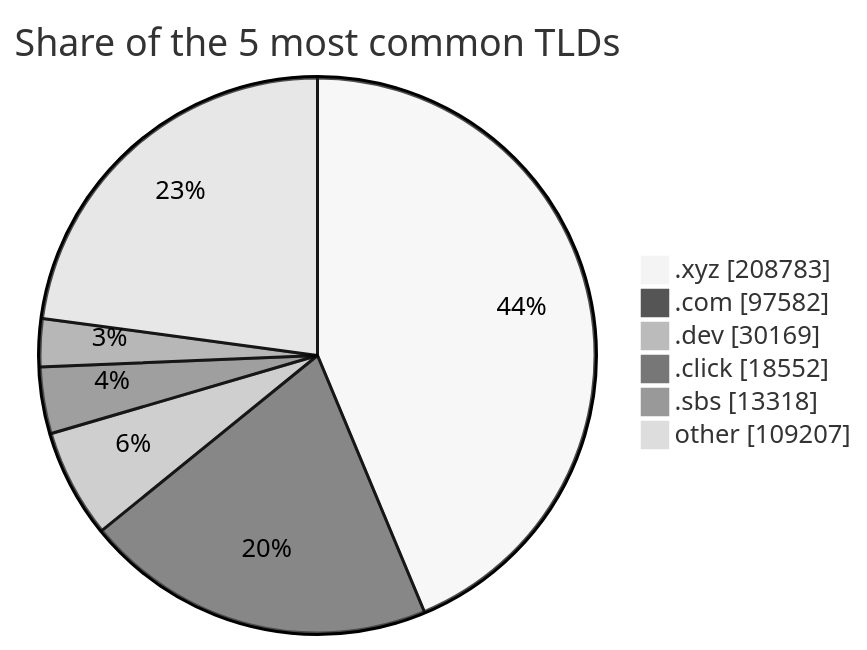
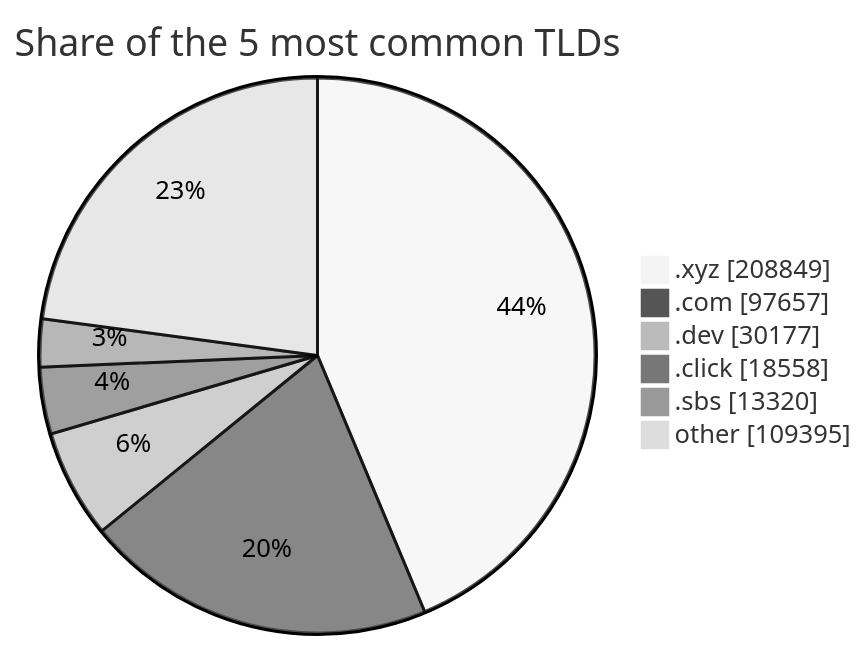
The third of 3 diagrams in README.md (DNSBunker/CTI), drawn with Mermaid (neutral theme) before and after one commit. The commit also changed other lines of this file and 3 other files, not shown here.

````diff
--- a/README.md
+++ b/README.md
@@ -81,9 +81,9 @@
 ```mermaid
 pie showData title Share of the 5 most common TLDs
-    ".xyz" : 208783
-    ".com" : 97582
-    ".dev" : 30169
-    ".click" : 18552
-    ".sbs" : 13318
-    "other" : 109207
+    ".xyz" : 208849
+    ".com" : 97657
+    ".dev" : 30177
+    ".click" : 18558
+    ".sbs" : 13320
+    "other" : 109395
 ```
````
